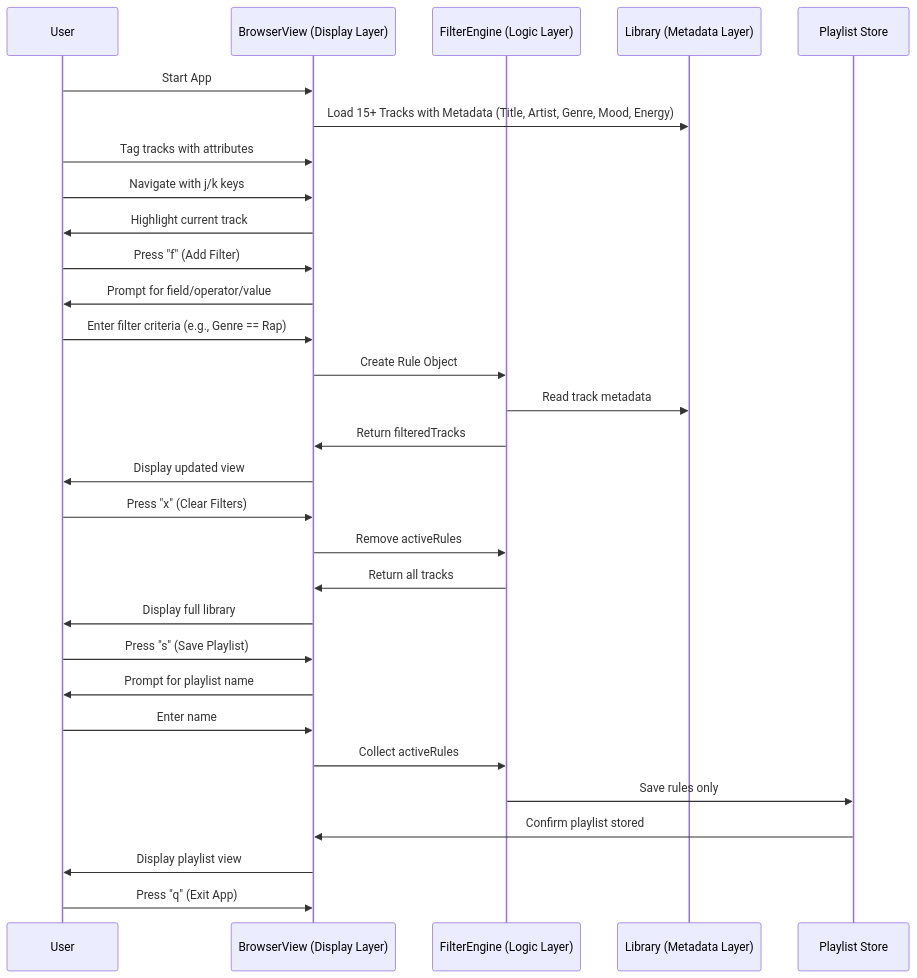
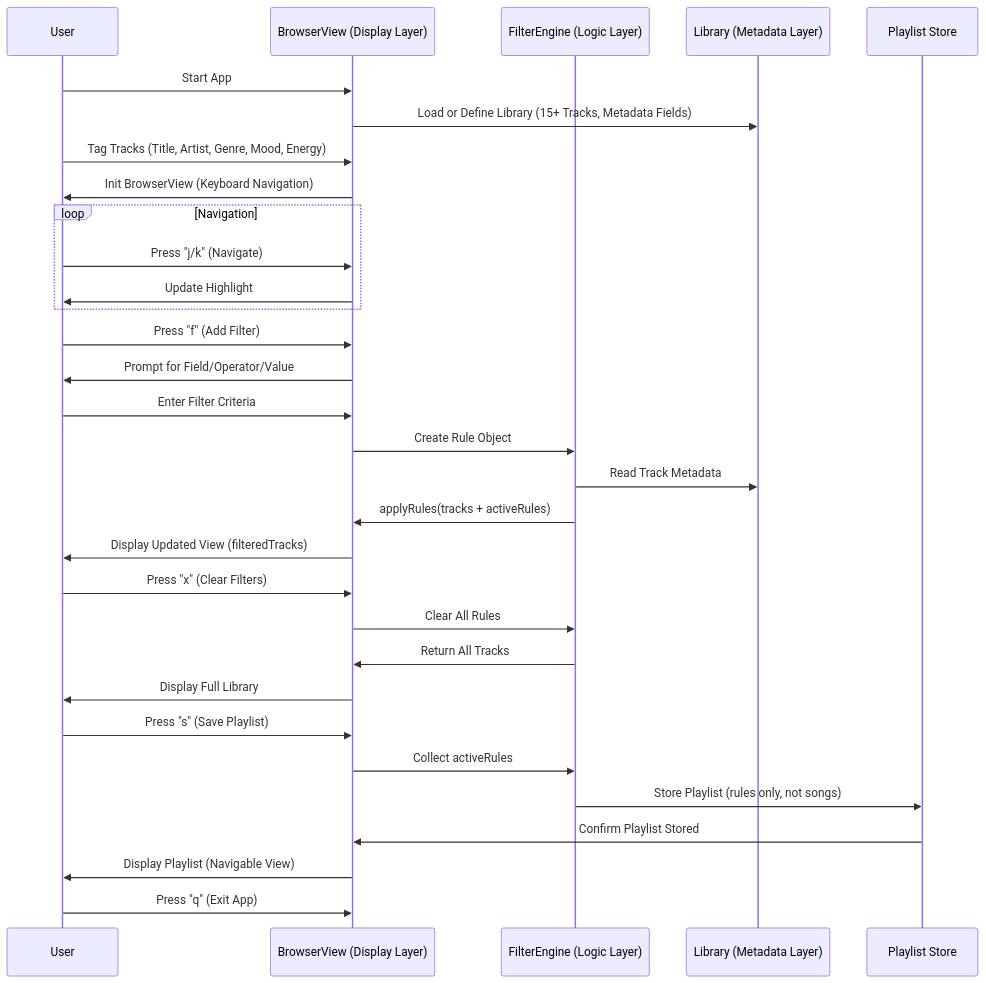
The third of 3 diagrams in README.md (BSCpE-2-Software-Design/Libretto), drawn with Mermaid before and after one commit. The commit also changed other lines of this file, not shown here.

````diff
--- a/README.md
+++ b/README.md
@@ -113,37 +114,40 @@
 ```mermaid
 sequenceDiagram
     participant User
     participant UI as BrowserView (Display Layer)
     participant FilterEngine as FilterEngine (Logic Layer)
     participant Library as Library (Metadata Layer)
     participant Playlist as Playlist Store
 
     User->>UI: Start App
-    UI->>Library: Load 15+ Tracks with Metadata (Title, Artist, Genre, Mood, Energy)
-    User->>UI: Tag tracks with attributes
-    User->>UI: Navigate with j/k keys
-    UI->>User: Highlight current track
+    UI->>Library: Load or Define Library (15+ Tracks, Metadata Fields)
+    User->>UI: Tag Tracks (Title, Artist, Genre, Mood, Energy)
+    UI->>User: Init BrowserView (Keyboard Navigation)
+
+    loop Navigation
+        User->>UI: Press "j/k" (Navigate)
+        UI->>User: Update Highlight
+    end
 
     User->>UI: Press "f" (Add Filter)
-    UI->>User: Prompt for field/operator/value
-    User->>UI: Enter filter criteria (e.g., Genre == Rap)
+    UI->>User: Prompt for Field/Operator/Value
+    User->>UI: Enter Filter Criteria
     UI->>FilterEngine: Create Rule Object
-    FilterEngine->>Library: Read track metadata
-    FilterEngine->>UI: Return filteredTracks
-    UI->>User: Display updated view
+    FilterEngine->>Library: Read Track Metadata
+    FilterEngine->>UI: applyRules(tracks + activeRules)
+    UI->>User: Display Updated View (filteredTracks)
 
     User->>UI: Press "x" (Clear Filters)
-    UI->>FilterEngine: Remove activeRules
-    FilterEngine->>UI: Return all tracks
-    UI->>User: Display full library
+    UI->>FilterEngine: Clear All Rules
+    FilterEngine->>UI: Return All Tracks
+    UI->>User: Display Full Library
 
     User->>UI: Press "s" (Save Playlist)
-    UI->>User: Prompt for playlist name
-    User->>UI: Enter name
     UI->>FilterEngine: Collect activeRules
-    FilterEngine->>Playlist: Save rules only
-    Playlist->>UI: Confirm playlist stored
-    UI->>User: Display playlist view
+    FilterEngine->>Playlist: Store Playlist (rules only, not songs)
+    Playlist->>UI: Confirm Playlist Stored
+    UI->>User: Display Playlist (Navigable View)
 
     User->>UI: Press "q" (Exit App)
+
 ```
````
